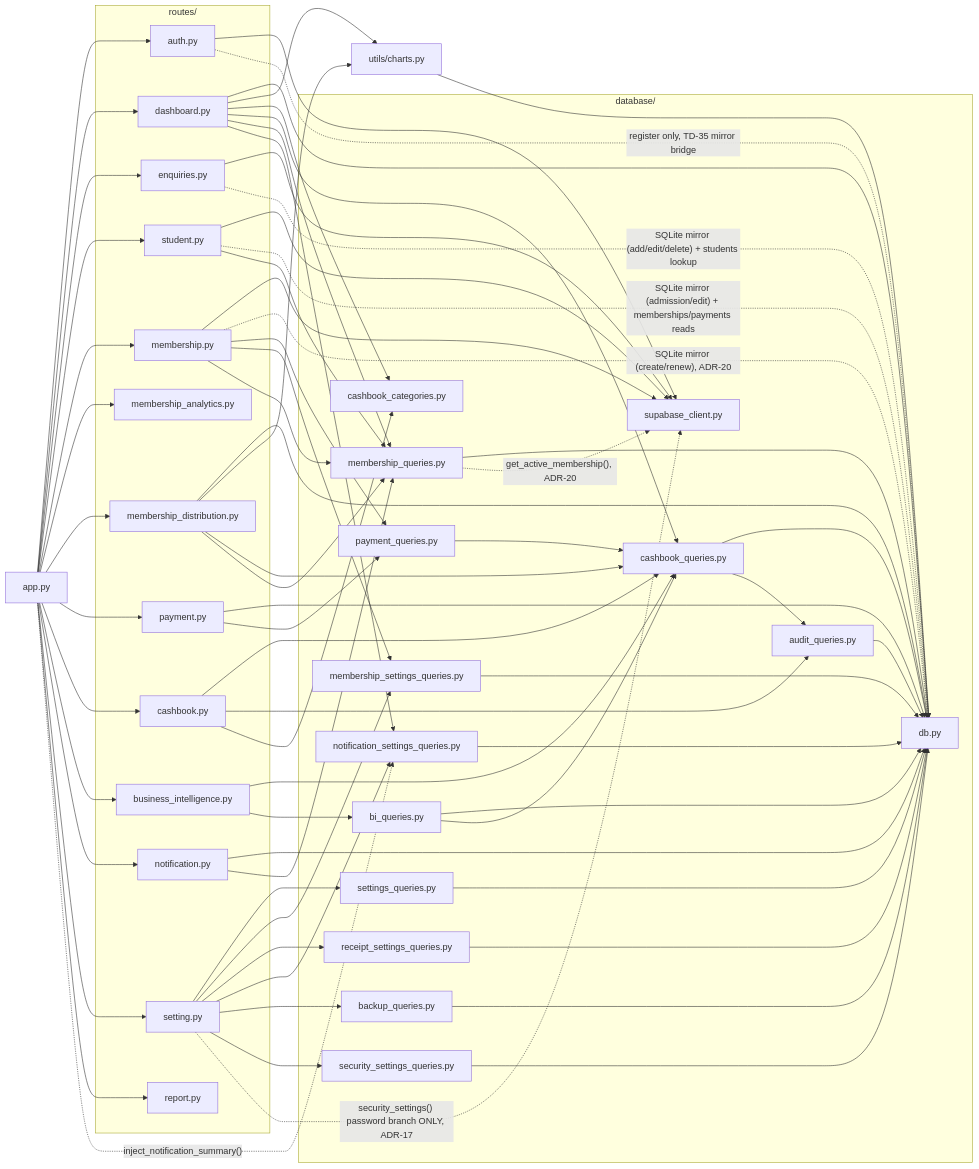
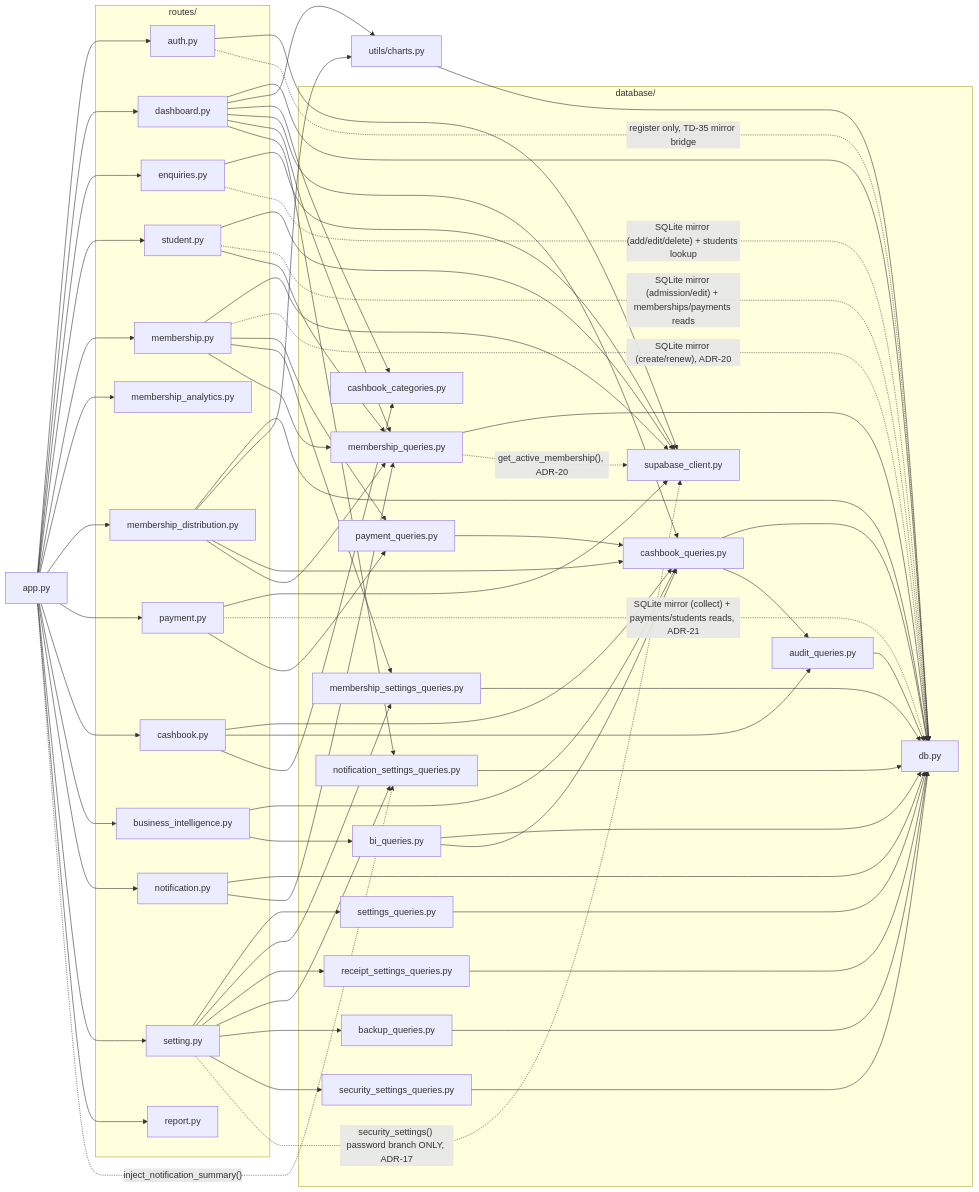
Before and after one commit to saloni-keshore/smart-library-management-system: the fifth of 5 diagrams in docs/DIAGRAMS.md, drawn with Mermaid. The commit also changed other lines of this file and 19 other files, not shown here.

Commit message:
migrate Membership and Payment modules to Supabase

```diff
--- a/docs/DIAGRAMS.md
+++ b/docs/DIAGRAMS.md
@@ -351,7 +352,8 @@
     membership_distribution_py --> charts_py
     membership_distribution_py --> cashbook_queries_py
     membership_distribution_py --> membership_queries_py
-    payment_py --> db_py
+    payment_py --> supabase_client_py
+    payment_py -.->|"SQLite mirror (collect) + payments/students reads, ADR-21"| db_py
     payment_py --> payment_queries_py
     payment_queries_py --> cashbook_queries_py
     cashbook_py --> cashbook_queries_py
```
